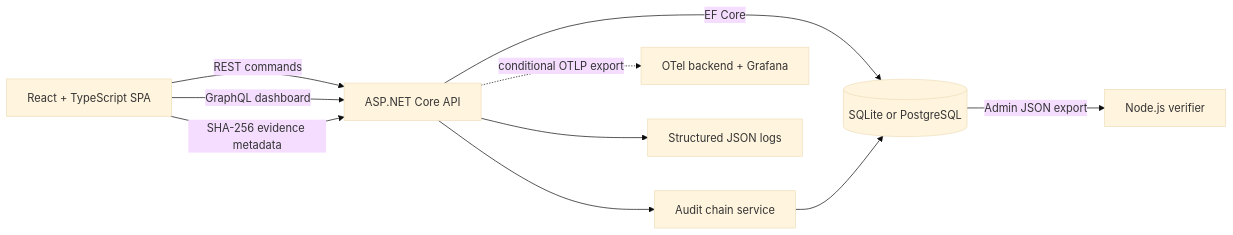
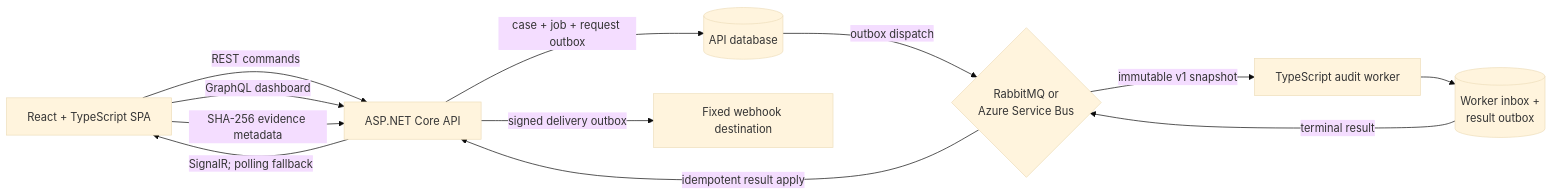
One commit to MarvelousJade/CaseLedger changed the diagram in README.md. Above: the diagram before and after it, drawn with Mermaid (base theme). The commit also changed other lines of this file and 5 other files, not shown here.

````diff
--- a/README.md
+++ b/README.md
@@ -75,20 +82,22 @@
 ```mermaid
 flowchart LR
     Browser[React + TypeScript SPA]
     API[ASP.NET Core API]
-    Audit[Audit chain service]
-    Data[(SQLite or PostgreSQL)]
-    Verify[Node.js verifier]
-    Observability[OTel backend + Grafana]
-    Logs[Structured JSON logs]
+    Data[(API database)]
+    Broker{RabbitMQ or<br/>Azure Service Bus}
+    Worker[TypeScript audit worker]
+    WorkerData[(Worker inbox +<br/>result outbox)]
+    Webhook[Fixed webhook destination]
 
     Browser -->|REST commands| API
     Browser -->|GraphQL dashboard| API
     Browser -->|SHA-256 evidence metadata| API
-    API --> Audit
-    API -->|EF Core| Data
-    Audit --> Data
-    Data -->|Admin JSON export| Verify
-    API -. conditional OTLP export .-> Observability
-    API --> Logs
+    API -->|case + job + request outbox| Data
+    Data -->|outbox dispatch| Broker
+    Broker -->|immutable v1 snapshot| Worker
+    Worker --> WorkerData
+    WorkerData -->|terminal result| Broker
+    Broker -->|idempotent result apply| API
+    API -->|SignalR; polling fallback| Browser
+    API -->|signed delivery outbox| Webhook
 ```
````
